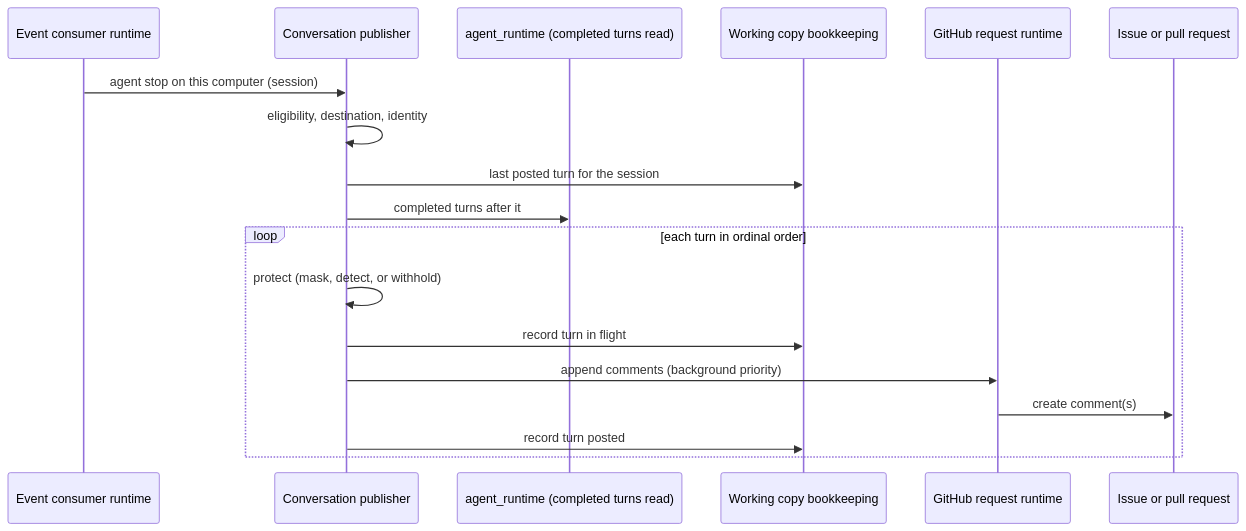
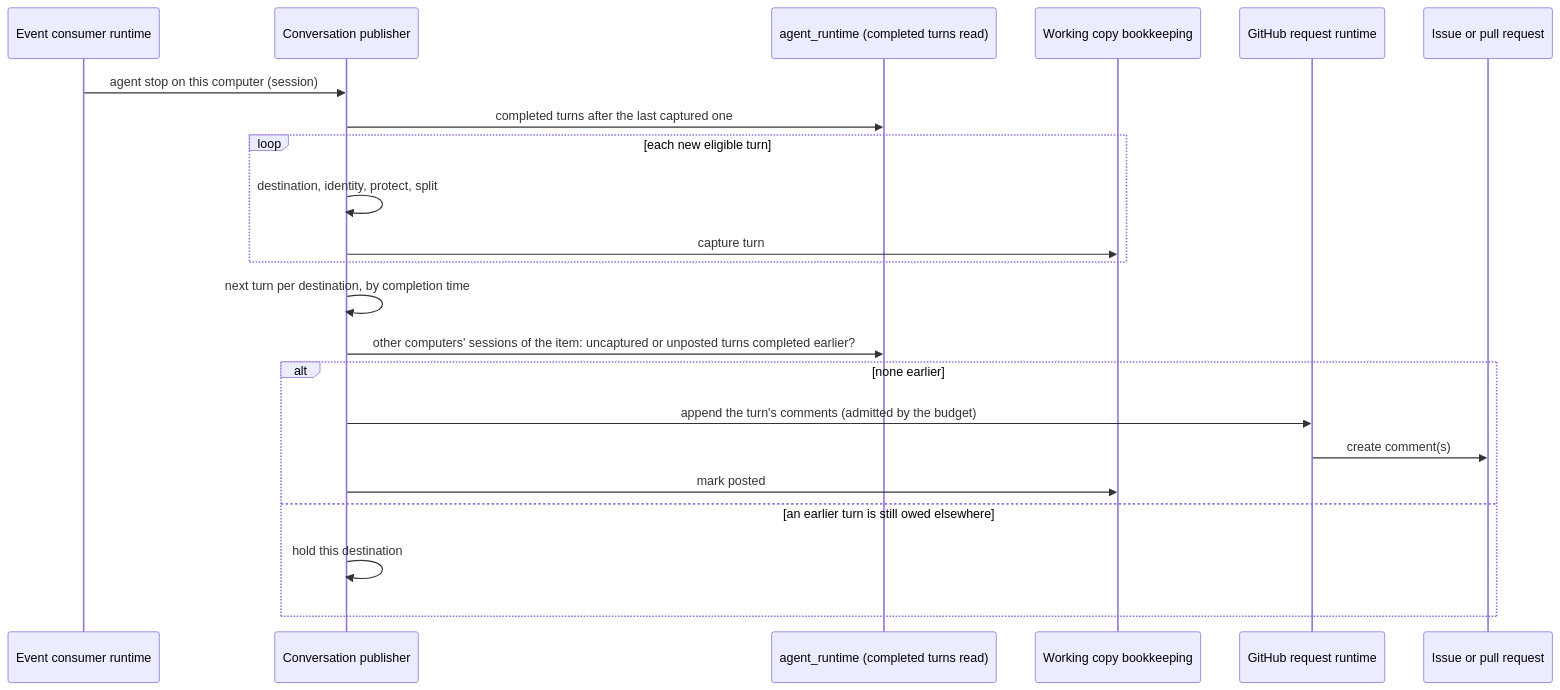
Before and after one commit to InstruktAI/TeleClaude: the diagram in docs/local/design/architecture/work-item-conversation.md, drawn with Mermaid. The commit also changed other lines of this file and 3 other files, not shown here.

First line of the commit message:
docs(work-item-conversation): keep completion order, completion-time destination and the go-live boundary; account the request budget

````diff
--- a/docs/local/design/architecture/work-item-conversation.md
+++ b/docs/local/design/architecture/work-item-conversation.md
@@ -121,20 +155,24 @@
 ```mermaid
 sequenceDiagram
     participant EC as Event consumer runtime
     participant P as Conversation publisher
     participant AR as agent_runtime (completed turns read)
     participant WC as Working copy bookkeeping
     participant IO as GitHub request runtime
     participant GH as Issue or pull request
     EC->>P: agent stop on this computer (session)
-    P->>P: eligibility, destination, identity
-    P->>WC: last posted turn for the session
-    P->>AR: completed turns after it
-    loop each turn in ordinal order
-        P->>P: protect (mask, detect, or withhold)
-        P->>WC: record turn in flight
-        P->>IO: append comments (background priority)
+    P->>AR: completed turns after the last captured one
+    loop each new eligible turn
+        P->>P: destination, identity, protect, split
+        P->>WC: capture turn
+    end
+    P->>P: next turn per destination, by completion time
+    P->>AR: other computers' sessions of the item: uncaptured or unposted turns completed earlier?
+    alt none earlier
+        P->>IO: append the turn's comments (admitted by the budget)
         IO->>GH: create comment(s)
-        P->>WC: record turn posted
+        P->>WC: mark posted
+    else an earlier turn is still owed elsewhere
+        P->>P: hold this destination
     end
 ```
````
